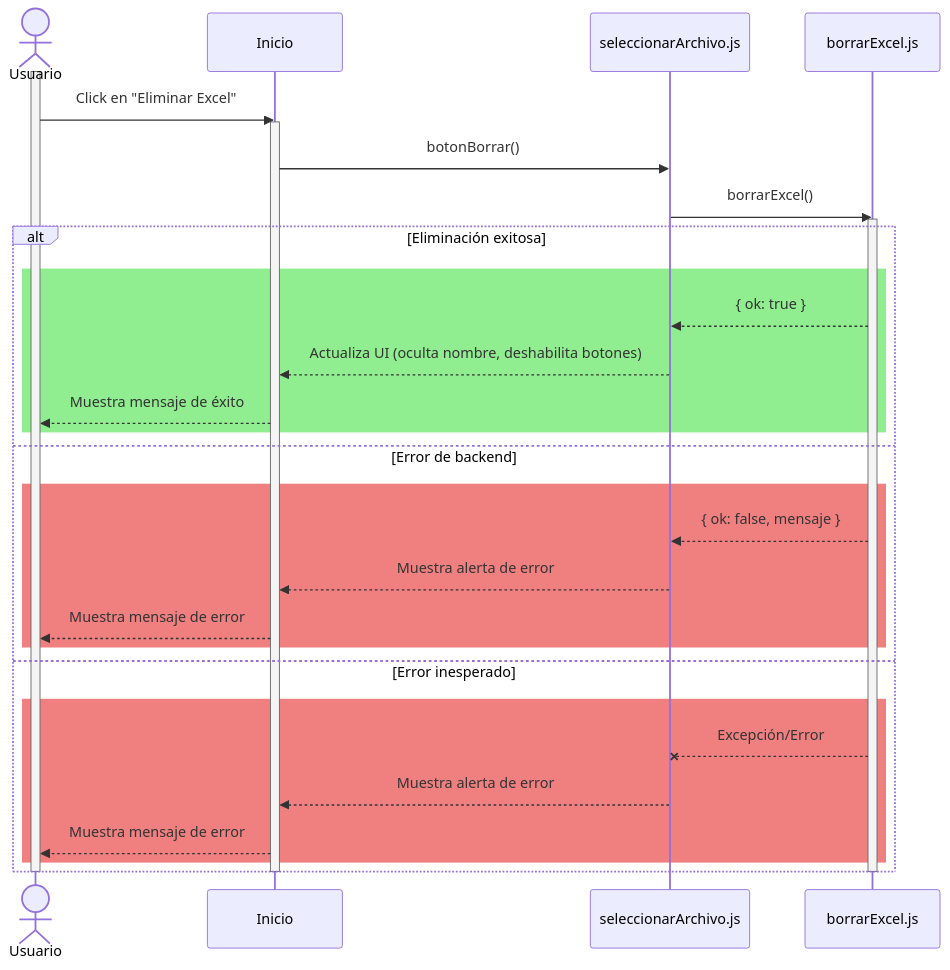
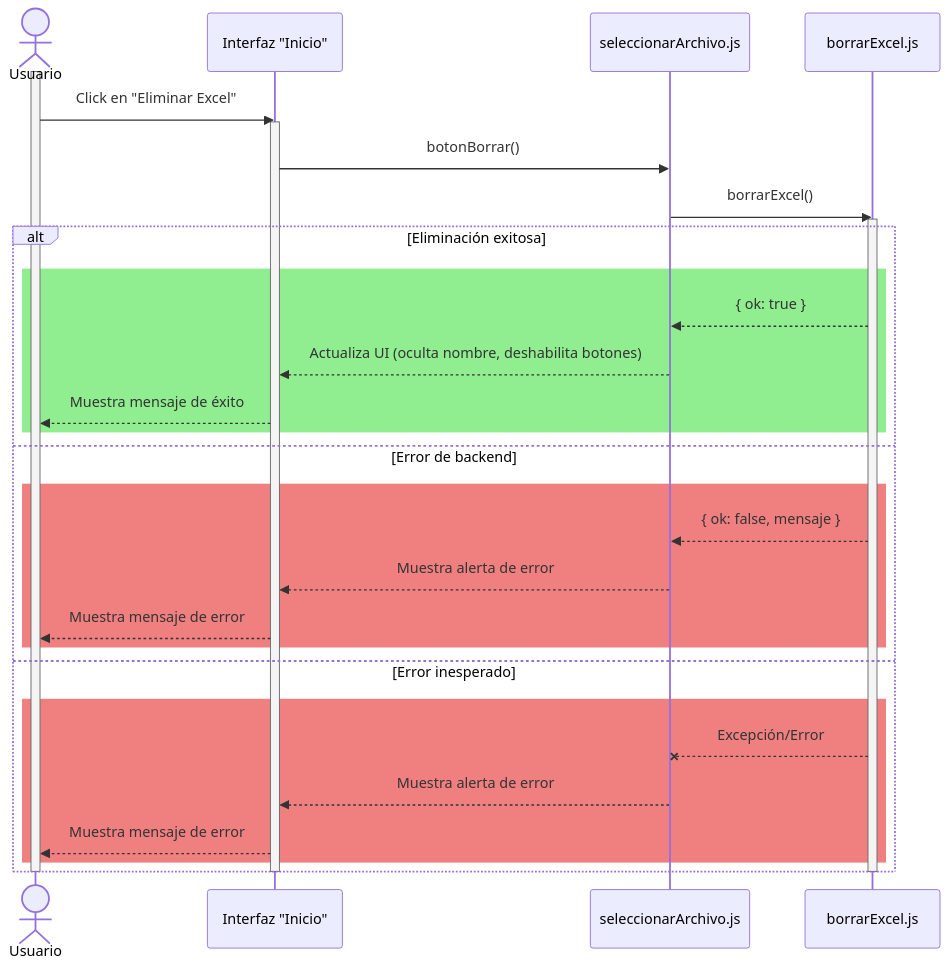
The diagram in documentation/docs/proyectos/tractores/documentacion/requisitos/RF8.md (CodeAnd-Co/Documentacion), drawn with Mermaid before and after one commit.

Commit message:
Ajuste nombre diagrama de secuencia

````diff
--- a/documentation/docs/proyectos/tractores/documentacion/requisitos/RF8.md
+++ b/documentation/docs/proyectos/tractores/documentacion/requisitos/RF8.md
@@ -26,36 +26,36 @@
 ```mermaid
   sequenceDiagram
       actor Usuario
-      participant vistaInicio as Inicio
+      participant vistaInicio as Interfaz "Inicio"
       participant utilInicio as seleccionarArchivo.js
       participant backend as borrarExcel.js
 
       activate Usuario
       Usuario->>vistaInicio: Click en "Eliminar Excel"
       activate vistaInicio
       vistaInicio->>utilInicio: botonBorrar()
       utilInicio->>backend: borrarExcel()
       activate backend
       alt Eliminación exitosa
           rect Lightgreen
           backend-->>utilInicio: { ok: true }
           utilInicio-->>vistaInicio: Actualiza UI (oculta nombre, deshabilita botones)
           vistaInicio-->>Usuario: Muestra mensaje de éxito
           end
       else Error de backend
           rect Lightcoral
           backend-->>utilInicio: { ok: false, mensaje }
           utilInicio-->>vistaInicio: Muestra alerta de error
           vistaInicio-->>Usuario: Muestra mensaje de error
           end
       else Error inesperado
           rect Lightcoral
           backend--x utilInicio: Excepción/Error
           utilInicio-->>vistaInicio: Muestra alerta de error
           vistaInicio-->>Usuario: Muestra mensaje de error
           end
       end
       deactivate backend
       deactivate vistaInicio
       deactivate Usuario
 ```
````
